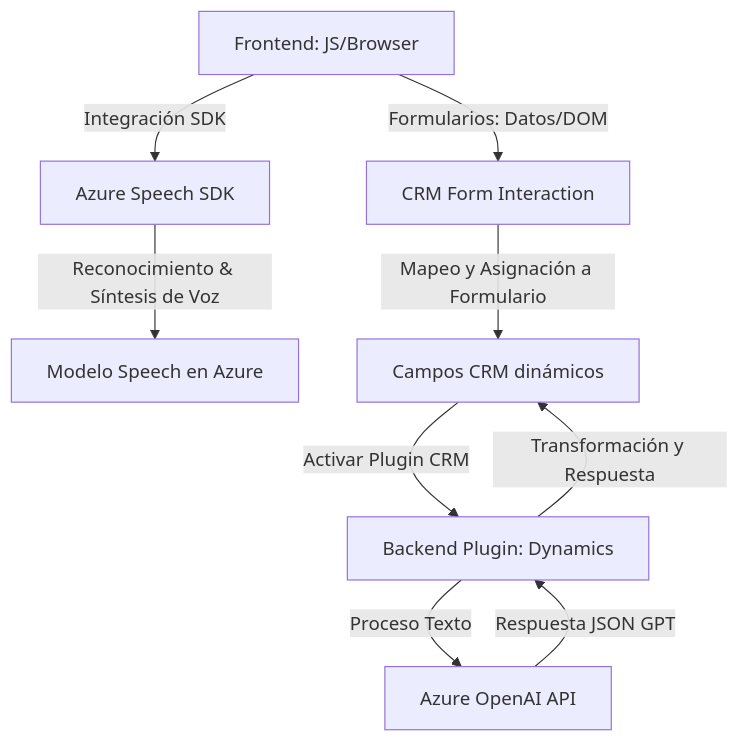
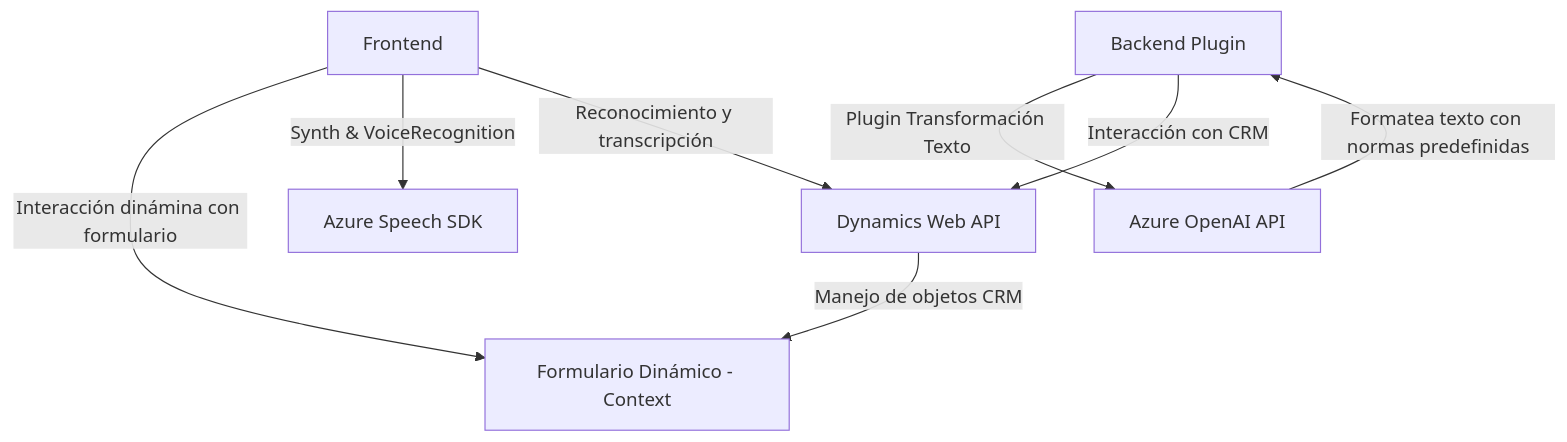
Before and after one commit to blopezdm/NETCORE_BILBAO2025: the diagram in README.md, drawn with Mermaid. The commit also changed other lines of this file, not shown here.

Commit message:
Actualizar análisis global de la solución con IA

````diff
--- a/README.md
+++ b/README.md
@@ -27,11 +33,18 @@
 ```mermaid
 graph TD
-    A["Frontend: JS/Browser"] -->|Integración SDK| B["Azure Speech SDK"]
-    A -->|Formularios: Datos/DOM| C["CRM Form Interaction"]
-    B -->|Reconocimiento & Síntesis de Voz| D["Modelo Speech en Azure"]
-    C -->|Mapeo y Asignación a Formulario| E["Campos CRM dinámicos"]
-    F["Backend Plugin: Dynamics"] -->|Proceso Texto| G["Azure OpenAI API"]
-    G -->|Respuesta JSON GPT| F
-    E -->|Activar Plugin CRM| F
-    F -->|Transformación y Respuesta| E
+  A["Frontend"]
+  B["Backend Plugin"]
+  C["Formulario Dinámico - Context"]
+  D["Azure Speech SDK"]
+  E["Azure OpenAI API"]
+  F["Dynamics Web API"]
+  
+  A -- "Interacción dinámina con formulario" --> C
+  A -- "Synth & VoiceRecognition" --> D
+  A -- "Reconocimiento y transcripción" --> F
+  
+  B -- "Plugin Transformación Texto" --> E
+  E -- "Formatea texto con normas predefinidas" --> B
+  B -- "Interacción con CRM" --> F
+  F -- "Manejo de objetos CRM" --> C
 ```
````
